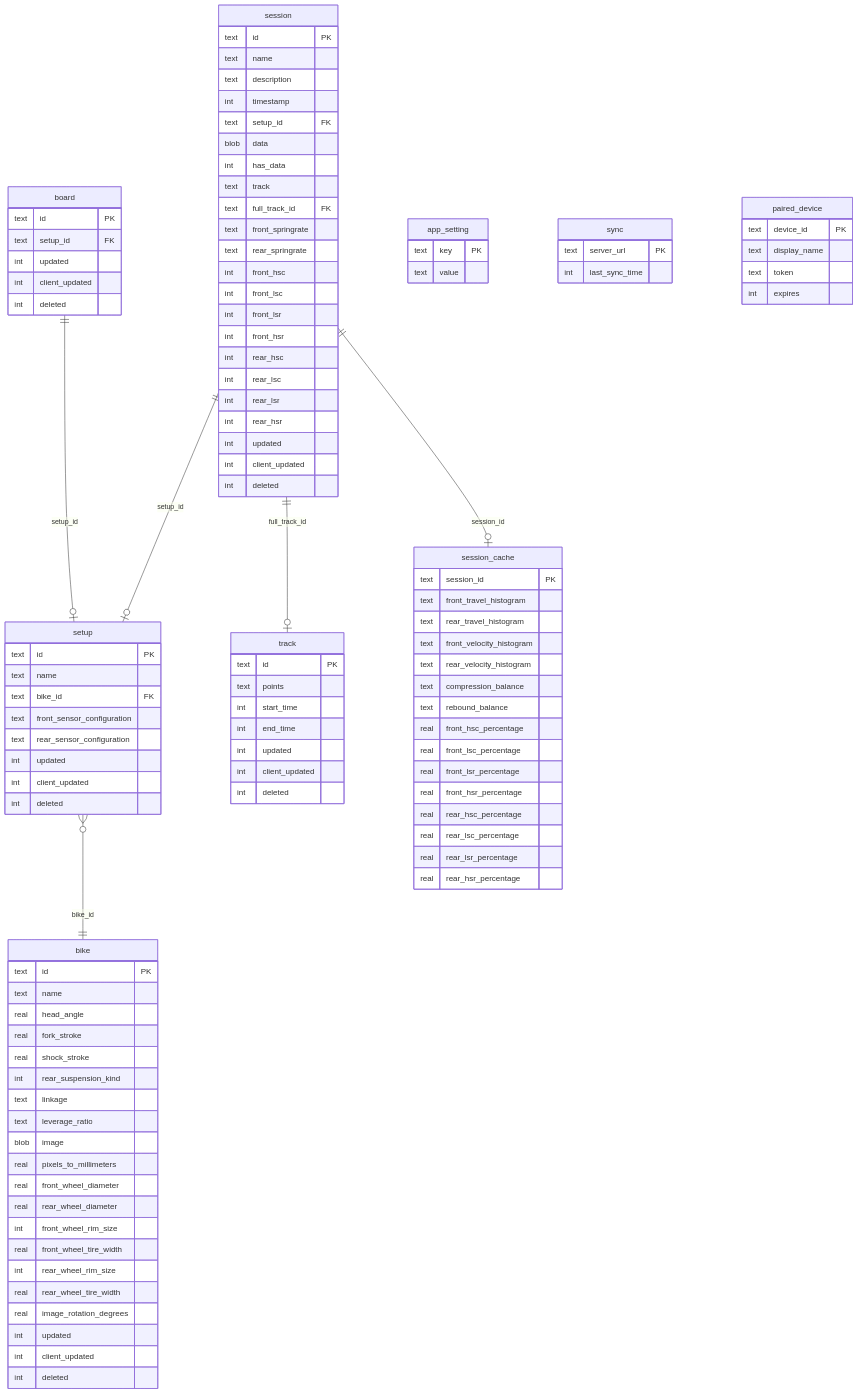
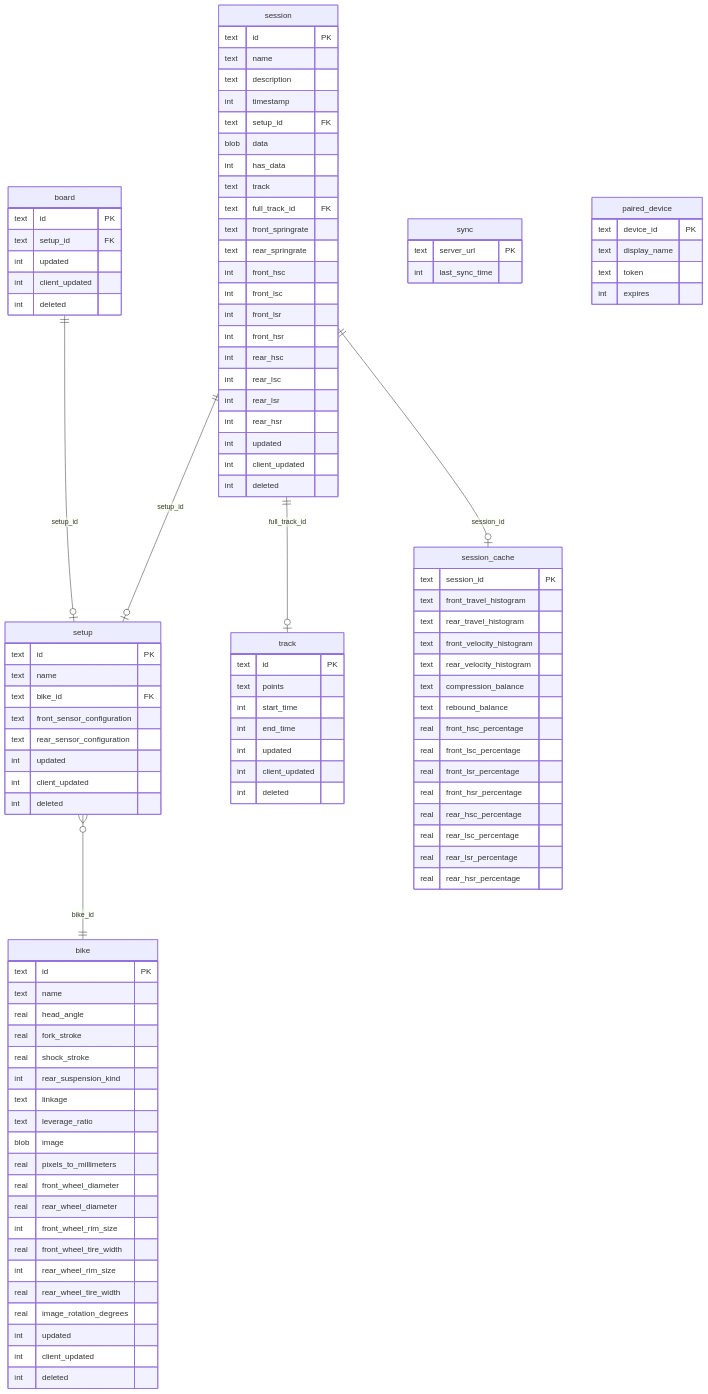
One commit to MoridinBG/Sufni.app changed the diagram in docs/architecture/persistence.md. Above: the diagram before and after it, drawn with Mermaid. The commit also changed other lines of this file and 4 other files, not shown here.

Commit message:
Remove app_setting persistence path

```diff
--- a/docs/architecture/persistence.md
+++ b/docs/architecture/persistence.md
@@ -107,11 +107,6 @@
         real rear_hsr_percentage
     }
 
-    app_setting {
-        text key PK
-        text value
-    }
-
     sync {
         text server_url PK
         int last_sync_time
```
